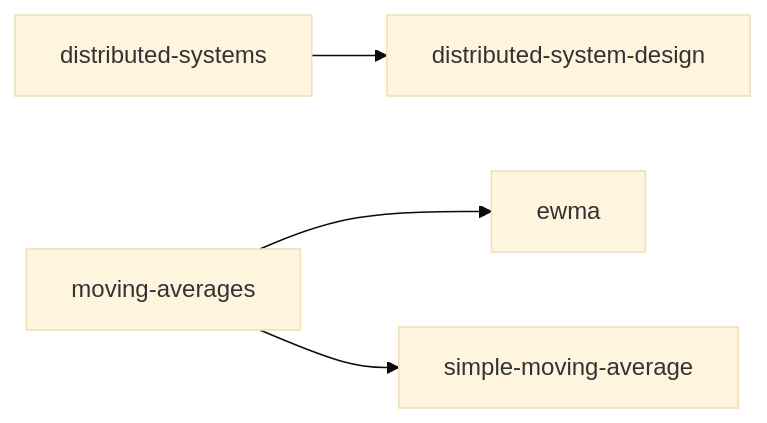
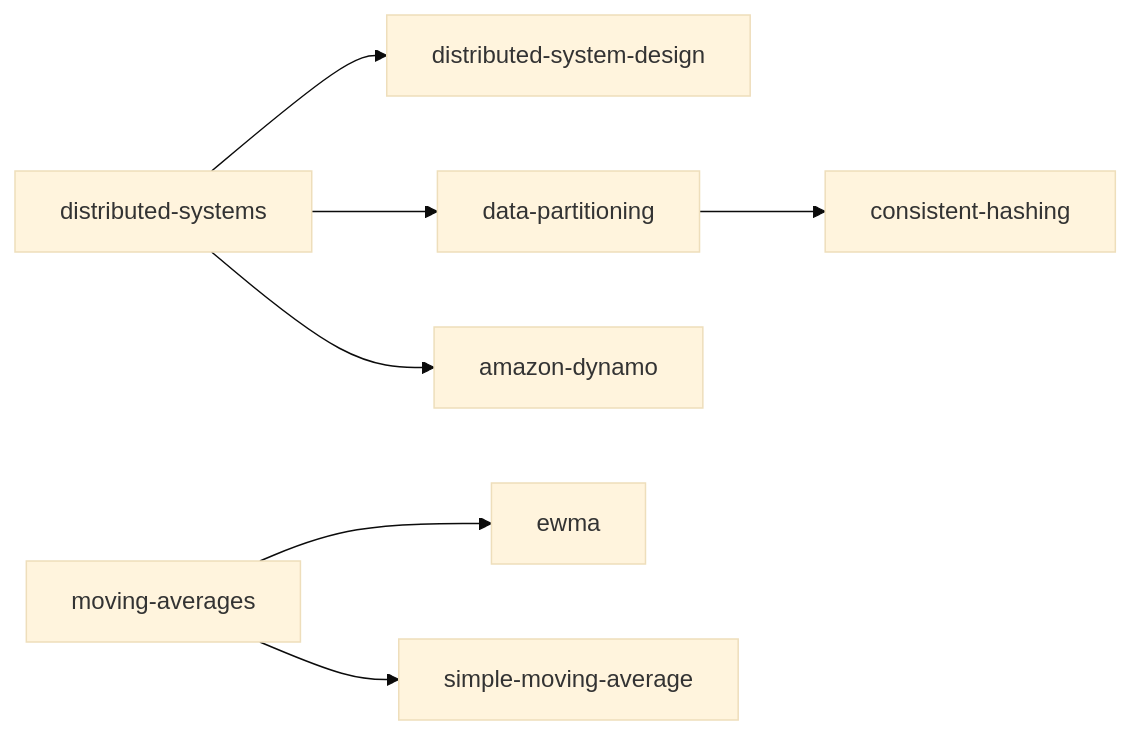
One commit to mengjiasun1992/sllmwiki-demo changed the diagram in SLLMWIKI_INDICES.md. Above: the diagram before and after it, drawn with Mermaid (base theme). The commit also changed other lines of this file and 17 other files, not shown here.

First line of the commit message:
[sllmwiki][ingest][consistent-hashing,data-partitioning,amazon-dynamo] ingest sources for: consistent hashing and Amazon Dynamo/DynamoDB

````diff
--- a/SLLMWIKI_INDICES.md
+++ b/SLLMWIKI_INDICES.md
@@ -7,16 +7,25 @@
 ```mermaid
 graph LR
     t0["distributed-systems"]
     t1["distributed-system-design"]
-    t2["moving-averages"]
-    t3["ewma"]
-    t4["simple-moving-average"]
+    t2["data-partitioning"]
+    t3["consistent-hashing"]
+    t4["amazon-dynamo"]
+    t5["moving-averages"]
+    t6["ewma"]
+    t7["simple-moving-average"]
     t0 --> t1
+    t0 --> t2
     t2 --> t3
-    t2 --> t4
+    t0 --> t4
+    t5 --> t6
+    t5 --> t7
     click t0 "sllmwiki/tags/distributed-systems.md"
     click t1 "sllmwiki/tags/distributed-system-design.md"
-    click t2 "sllmwiki/tags/moving-averages.md"
-    click t3 "sllmwiki/tags/ewma.md"
-    click t4 "sllmwiki/tags/simple-moving-average.md"
+    click t2 "sllmwiki/tags/data-partitioning.md"
+    click t3 "sllmwiki/tags/consistent-hashing.md"
+    click t4 "sllmwiki/tags/amazon-dynamo.md"
+    click t5 "sllmwiki/tags/moving-averages.md"
+    click t6 "sllmwiki/tags/ewma.md"
+    click t7 "sllmwiki/tags/simple-moving-average.md"
 ```
````
